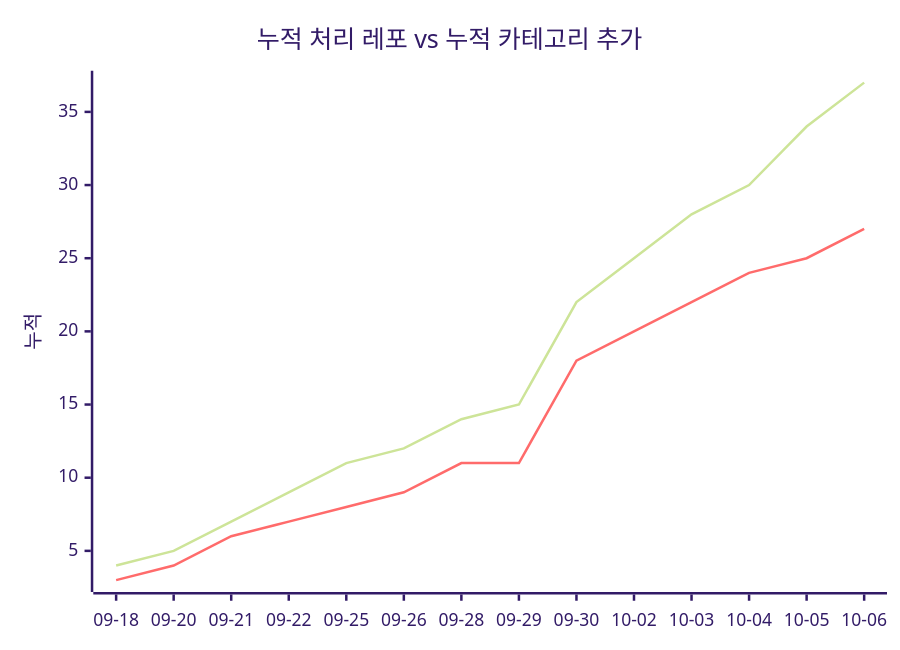
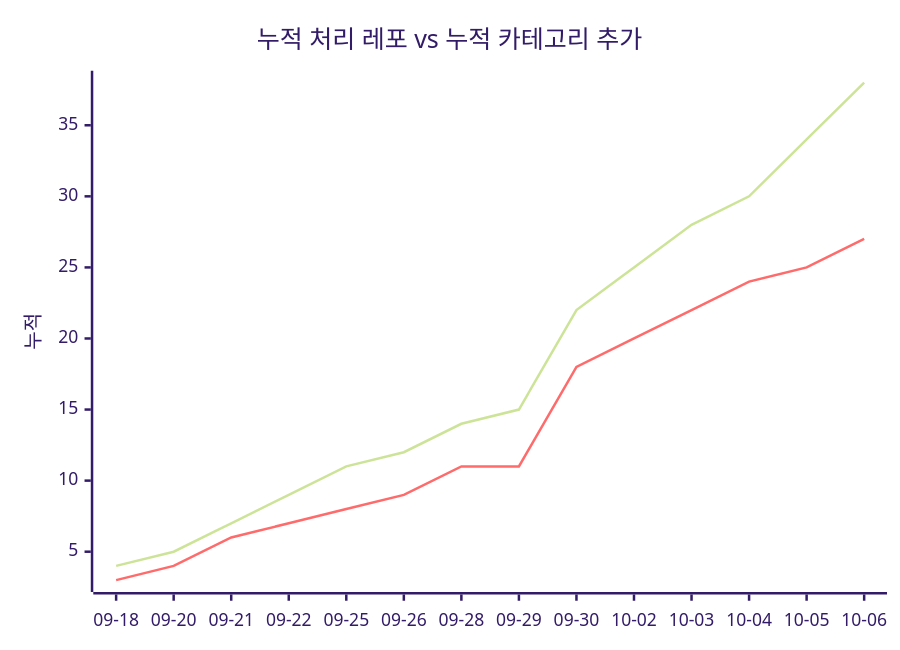
One commit to J-nowcow/awesome-korean-agent-skills changed the second of 2 diagrams in docs/trends.md. Above: the diagram before and after it, drawn with Mermaid (forest theme). The commit also changed other lines of this file and 2 other files, not shown here.

````diff
--- a/docs/trends.md
+++ b/docs/trends.md
@@ -68,8 +68,8 @@
 ```mermaid
 xychart-beta
     title "누적 처리 레포 vs 누적 카테고리 추가"
     x-axis ["09-18","09-20","09-21","09-22","09-25","09-26","09-28","09-29","09-30","10-02","10-03","10-04","10-05","10-06"]
     y-axis "누적"
-    line [4,5,7,9,11,12,14,15,22,25,28,30,34,37]
+    line [4,5,7,9,11,12,14,15,22,25,28,30,34,38]
     line [3,4,6,7,8,9,11,11,18,20,22,24,25,27]
 ```
````
